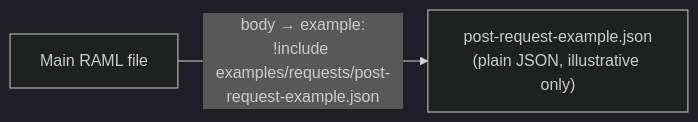
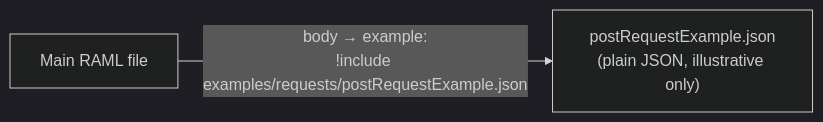
Before and after one commit to developerashok99/green-c-mule-notes: the second of 7 diagrams in detailed-notes/day24.md, drawn with Mermaid (dark theme). The commit also changed other lines of this file and 1 other file, not shown here.

````diff
--- a/detailed-notes/day24.md
+++ b/detailed-notes/day24.md
@@ -22,4 +24,4 @@
 ```mermaid
 flowchart LR
-    Main["Main RAML file"] -->|"body → example:<br/>!include examples/requests/post-request-example.json"| File["post-request-example.json<br/>(plain JSON, illustrative only)"]
+    Main["Main RAML file"] -->|"body → example:<br/>!include examples/requests/postRequestExample.json"| File["postRequestExample.json<br/>(plain JSON, illustrative only)"]
 ```
````
